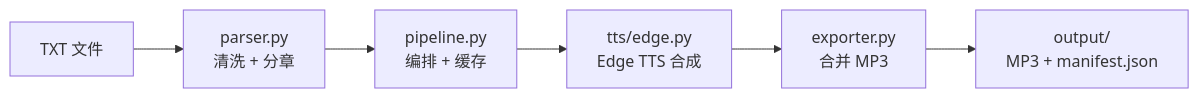
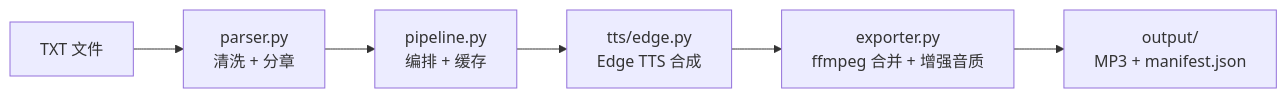
One commit to ZTCY/txt-to-audiobook changed the diagram in README.md. Above: the diagram before and after it, drawn with Mermaid. The commit also changed other lines of this file and 11 other files, not shown here.

````diff
--- a/README.md
+++ b/README.md
@@ -138,8 +142,8 @@
 ```mermaid
 graph LR
     A[TXT 文件] --> B[parser.py<br/>清洗 + 分章]
     B --> C[pipeline.py<br/>编排 + 缓存]
     C --> D[tts/edge.py<br/>Edge TTS 合成]
-    D --> E[exporter.py<br/>合并 MP3]
+    D --> E[exporter.py<br/>ffmpeg 合并 + 增强音质]
     E --> F[output/<br/>MP3 + manifest.json]
 ```
````
